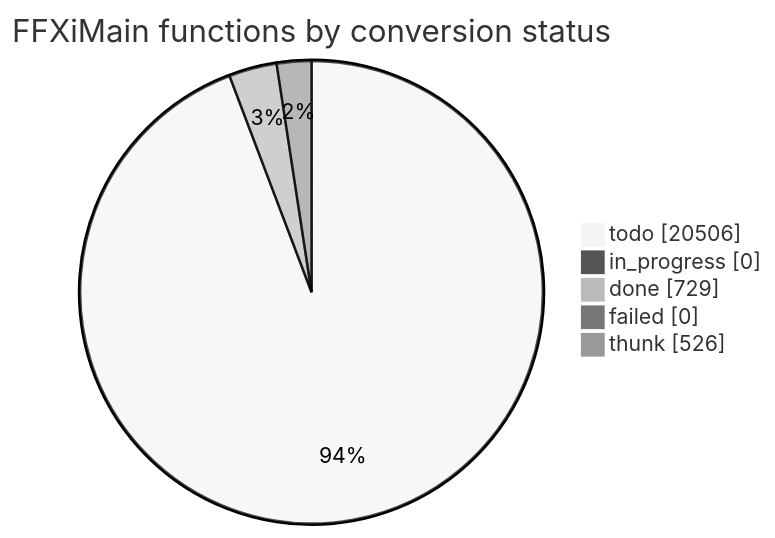
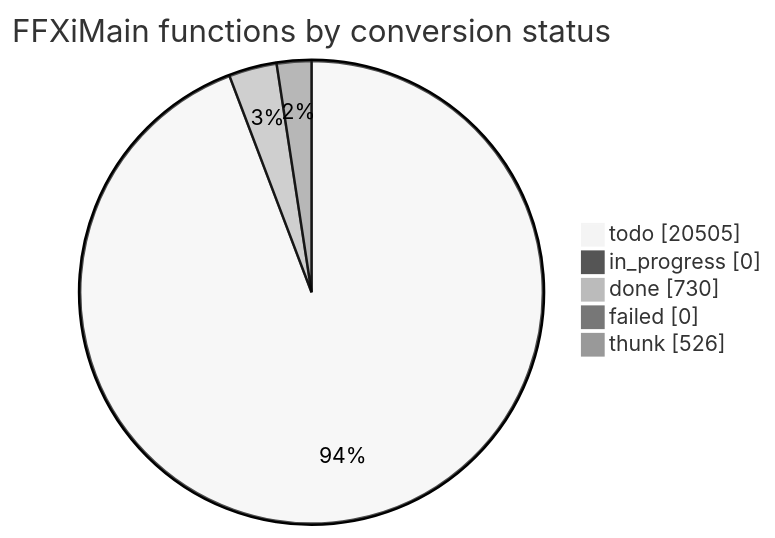
Before and after one commit to cowrevenge/cow_kuluu_xi_anything: the diagram in docs/cow/STATUS.md, drawn with Mermaid (neutral theme). The commit also changed other lines of this file and 9 other files, not shown here.

````diff
--- a/docs/cow/STATUS.md
+++ b/docs/cow/STATUS.md
@@ -18,9 +18,9 @@
 ```mermaid
 pie showData
     title FFXiMain functions by conversion status
-    "todo" : 20506
+    "todo" : 20505
     "in_progress" : 0
-    "done" : 729
+    "done" : 730
     "failed" : 0
     "thunk" : 526
 ```
````
